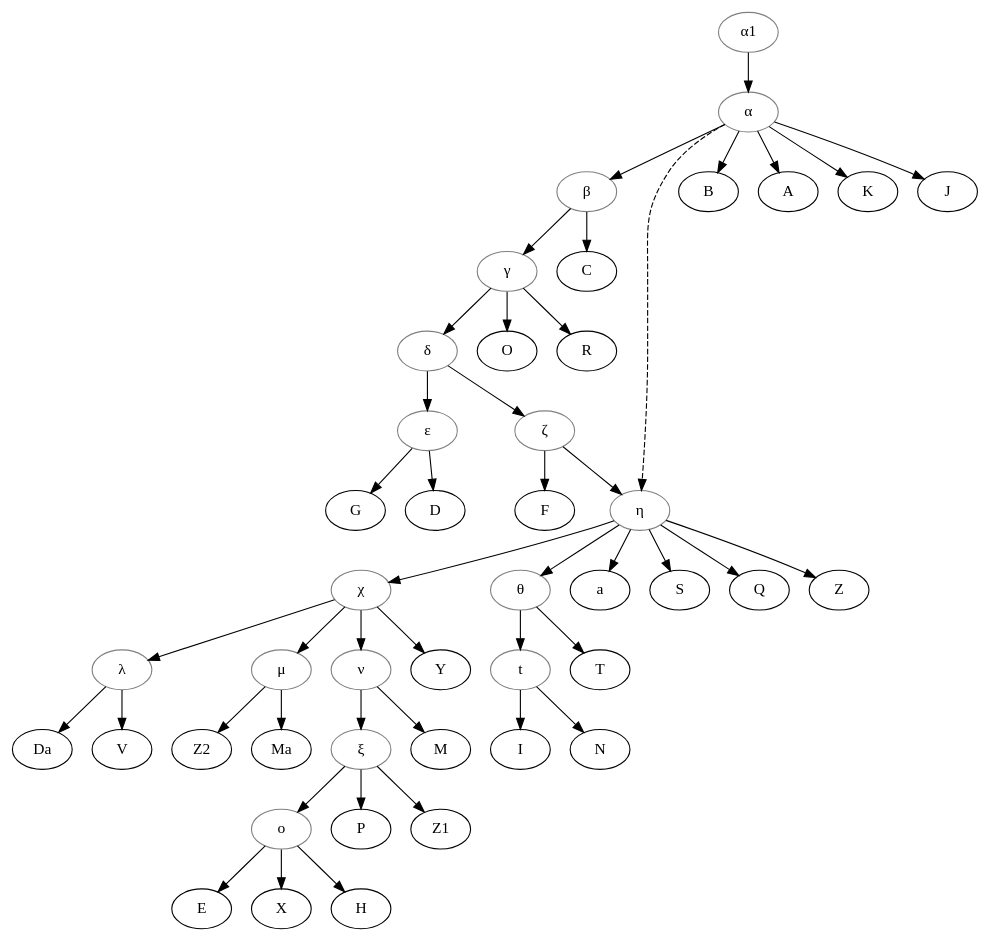
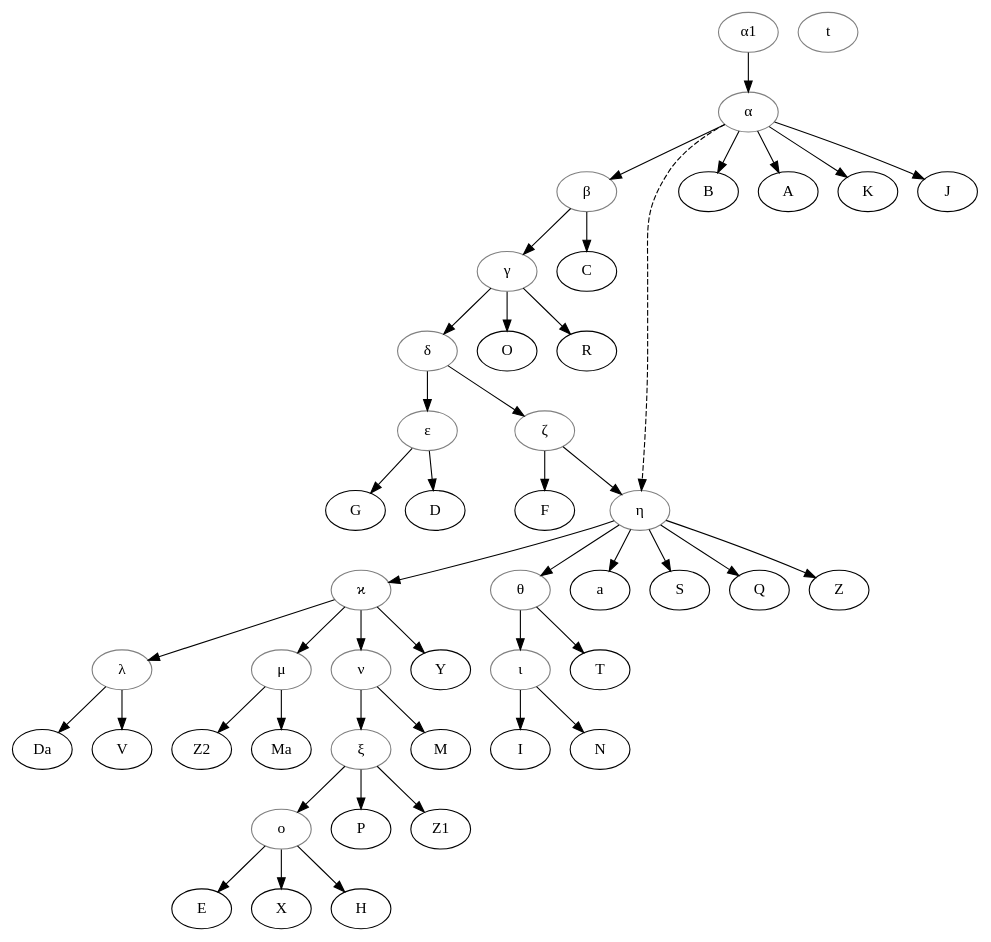
Before and after one commit to OpenStemmata/database: the diagram in data/fro/Vietor_1876_Loherains/stemma.gv, drawn with Graphviz. The commit also changed 7 other files, not shown here.

```diff
--- a/data/fro/Vietor_1876_Loherains/stemma.gv
+++ b/data/fro/Vietor_1876_Loherains/stemma.gv
@@ -1,62 +1,63 @@
 digraph {
 alpha1[label="α1", color="grey"];
 alpha[label="α", color="grey"];
 beta[label="β", color="grey"];
-chi[label="χ", color="grey"];
+kappa[label="ϰ", color="grey"];
 delta[label="δ", color="grey"];
 epsilon[label="ε", color="grey"];
 eta[label="η", color="grey"];
 gamma[label="γ", color="grey"];
 ksi[label="ξ", color="grey"];
 lambda[label="λ", color="grey"];
 mu[label="μ", color="grey"];
 nu[label="ν", color="grey"];
 omicron[label="ο", color="grey"];
 t[color="grey"];
 theta[label="θ", color="grey"];
+iota[label="ι", color="grey"];
 zeta[label="ζ", color="grey"];
 alpha1->alpha;
 alpha->B;
 alpha->A;
 alpha->K;
 alpha->J;
 alpha->beta;
 beta->C;
 beta->gamma;
 gamma->O;
 gamma->R;
 gamma->delta;
 delta->epsilon;
 epsilon->G;
 epsilon->D;
 delta->zeta;
 zeta->F;
 zeta->eta;
 eta->a;
 eta->S;
 eta->Q;
 eta->Z;
 eta->theta;
 theta->T;
-theta->t;
-t->I;
-t->N;
-eta->chi;
-chi->Y;
-chi->lambda;
+theta->iota;
+iota->I;
+iota->N;
+eta->kappa;
+kappa->Y;
+kappa->lambda;
 lambda->Da;
 lambda->V;
-chi->mu;
+kappa->mu;
 mu->Z2;
 mu->Ma;
-chi->nu;
+kappa->nu;
 nu->M;
 nu->ksi;
 ksi->P;
 ksi->Z1;
 ksi->omicron;
 omicron->E;
 omicron->X;
 omicron->H;
 alpha->eta[style=dashed];
 }
```
